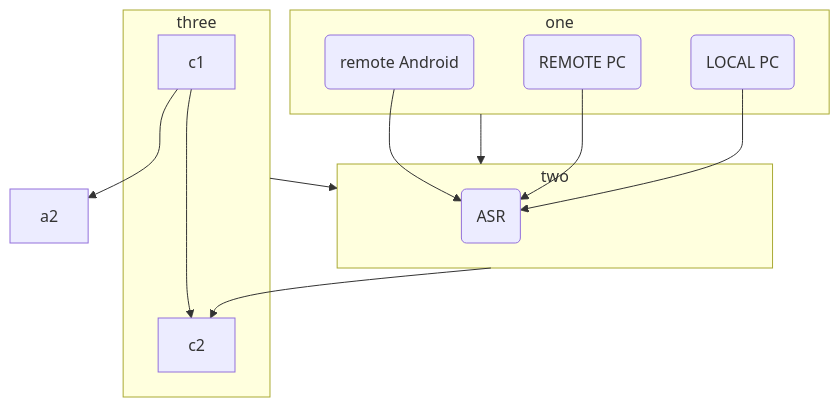
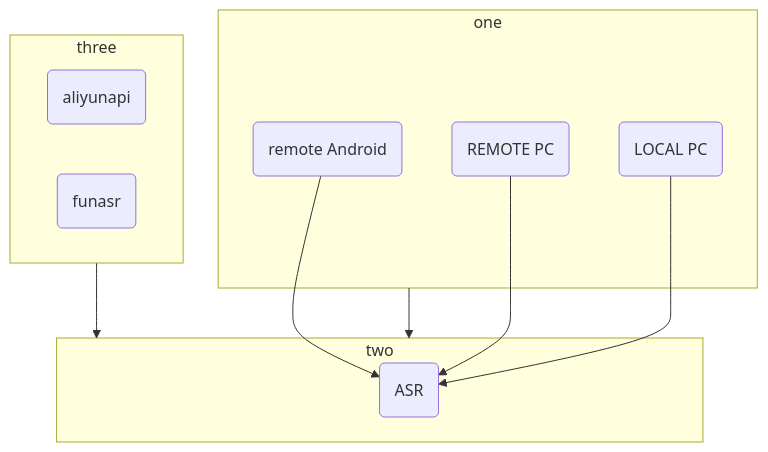
One commit to Luckyyaheen/testmd changed the first of 3 diagrams in README.md. Above: the diagram before and after it, drawn with Mermaid.

````diff
--- a/README.md
+++ b/README.md
@@ -2,26 +2,28 @@
 ```mermaid
 flowchart TB
-    c1-->a2
+
     aa-->asr
     cc-->asr
     bb-->asr
 
     subgraph one
     aa("remote Android")
     cc("REMOTE PC")
     bb("LOCAL PC")
     end
 
     subgraph two
     asr("ASR")
     end
 
     subgraph three
-    c1-->c2
+    aliyun("aliyunapi")
+    funasr("funasr")
+  
     end
 
     one --> two
     three --> two
-    two --> c2
+
 
 ```
````
